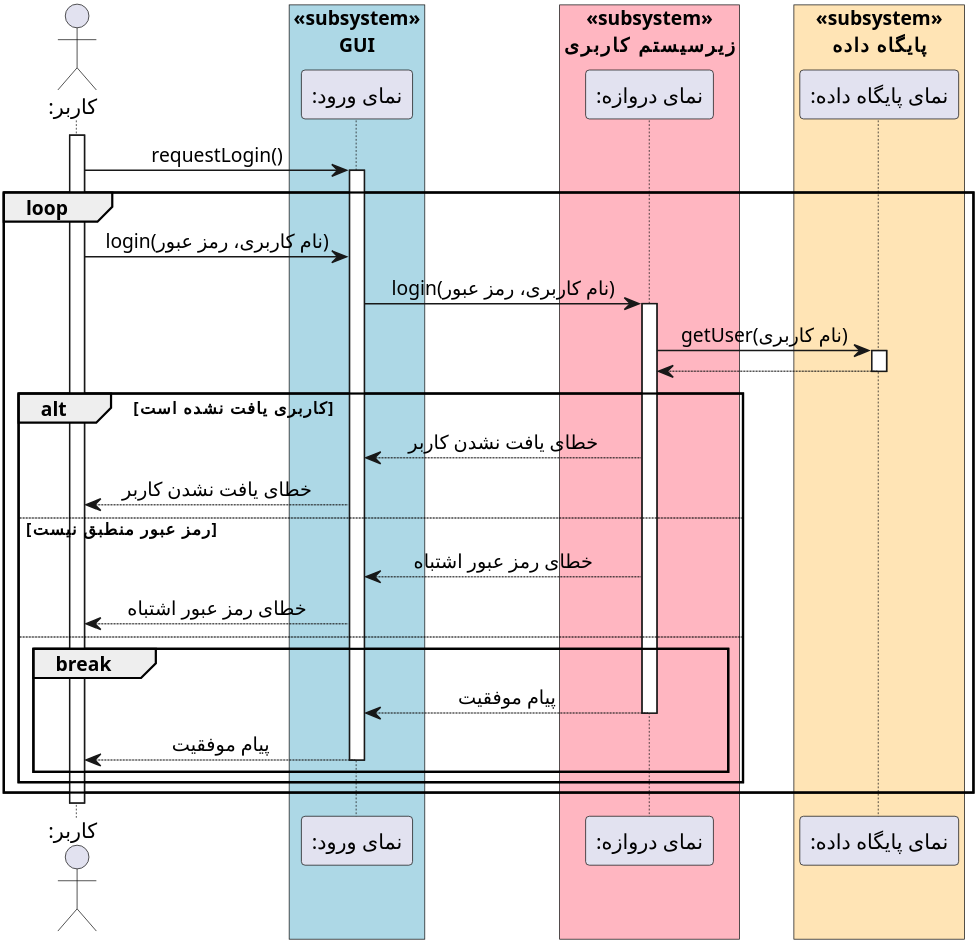
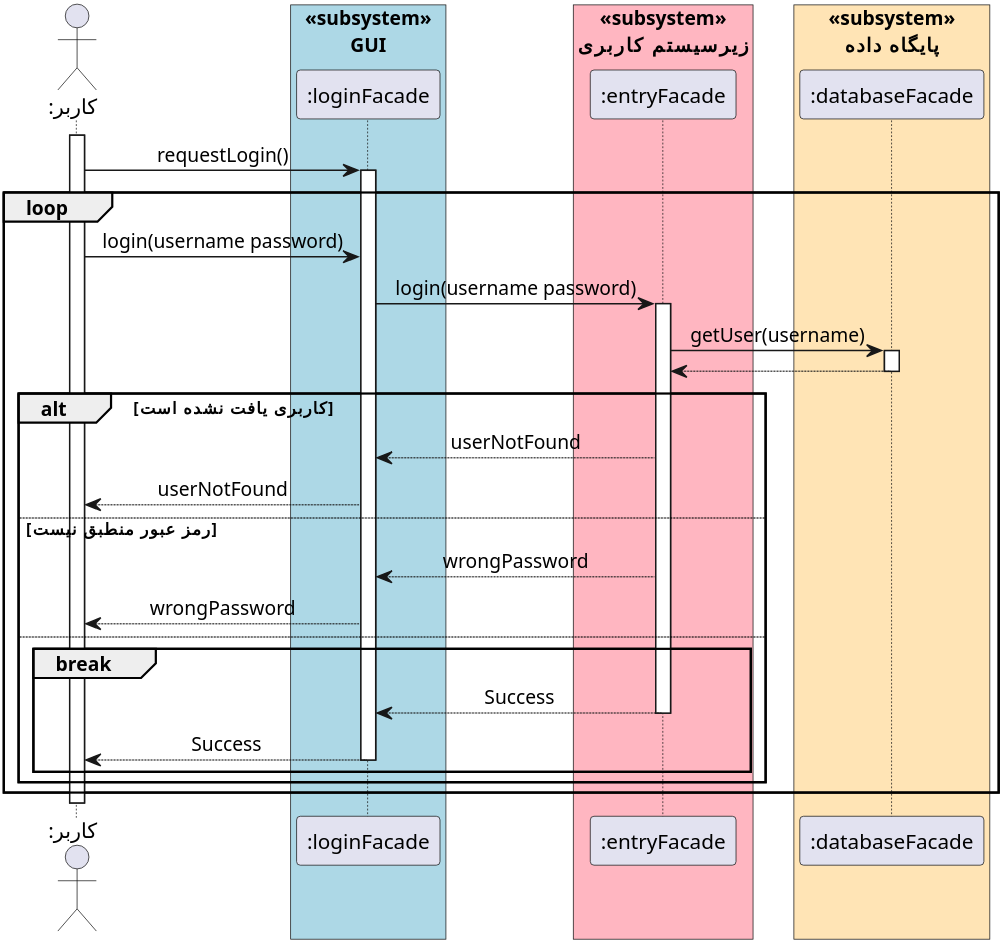
One commit to soleyman79/Qasedak changed the diagram in Diagrams/Design Sequence/Login.puml. Above: the diagram before and after it, drawn with PlantUML. The commit also changed 2 other files, not shown here.

```diff
--- a/Diagrams/Design Sequence/Login.puml
+++ b/Diagrams/Design Sequence/Login.puml
@@ -1,52 +1,52 @@
 @startuml login
 
 
 scale 4
 skinparam DefaultFontName Vazir
 skinparam DefaultTextAlignment center
 
  
 actor ":کاربر" as user
 box "«subsystem»\nGUI" #LightBlue
-participant ":نمای ورود" as ui_facade
+participant ":loginFacade" as ui
 end box
 box "«subsystem»\nزیرسیستم کاربری" #LightPink
-participant ":نمای دروازه" as gate_facade
+participant ":entryFacade" as entry_facade
 end box
 box "«subsystem»\nپایگاه داده" #Moccasin
-participant ":نمای پایگاه داده" as db_facade
+participant ":databaseFacade" as db_facade
 end box
 
 activate user
-user -> ui_facade: requestLogin()
-activate ui_facade
+user -> ui: requestLogin()
+activate ui
 
 loop
-    user -> ui_facade: login(نام کاربری، رمز عبور)
-    ui_facade -> gate_facade: login(نام کاربری، رمز عبور)
-    activate gate_facade
-    gate_facade -> db_facade: getUser(نام کاربری)
+    user -> ui: login(username password)
+    ui -> entry_facade: login(username password)
+    activate entry_facade
+    entry_facade -> db_facade: getUser(username)
     activate db_facade
-    db_facade --> gate_facade
+    db_facade --> entry_facade
     deactivate db_facade
 
     alt کاربری یافت نشده است
-        gate_facade --> ui_facade: خطای یافت نشدن کاربر
-        ui_facade --> user: خطای یافت نشدن کاربر
+        entry_facade --> ui: userNotFound
+        ui --> user: userNotFound
     else رمز عبور منطبق نیست
-        gate_facade --> ui_facade: خطای رمز عبور اشتباه
-        ui_facade --> user: خطای رمز عبور اشتباه
+        entry_facade --> ui: wrongPassword
+        ui --> user: wrongPassword
     else
         break
-            gate_facade --> ui_facade: پیام موفقیت
-            deactivate gate_facade
-            ui_facade --> user: پیام موفقیت
-            deactivate ui_facade
+            entry_facade --> ui: Success
+            deactivate entry_facade
+            ui --> user: Success
+            deactivate ui
         end
     end
 end
 
 deactivate user
 
 
 @enduml
```
